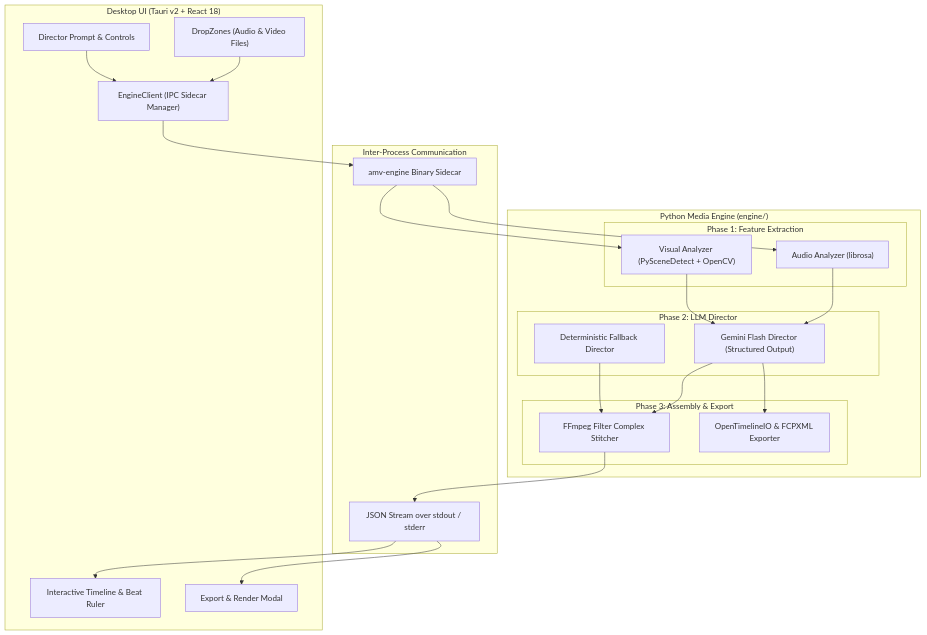
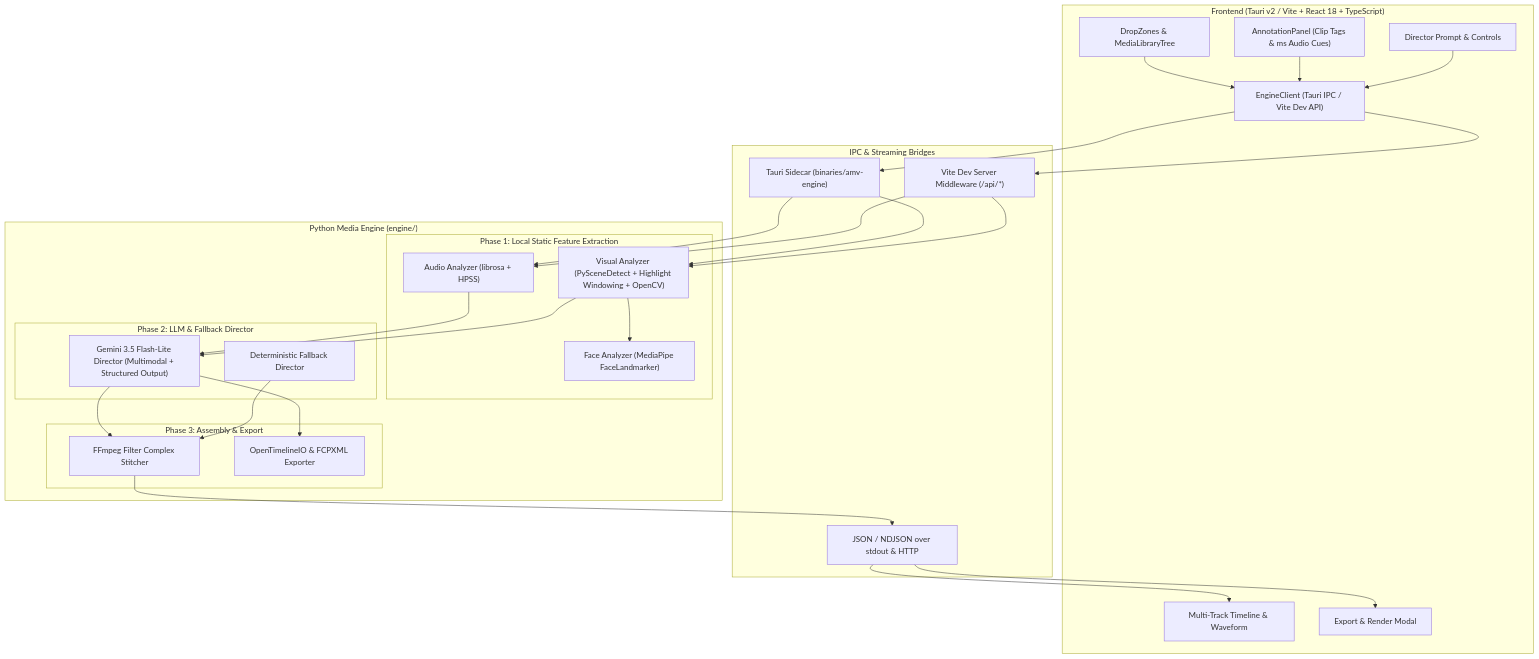
Before and after one commit to vmatrixdev/frame-beat: the first of 2 diagrams in docs/ARCHITECTURE.md, drawn with Mermaid. The commit also changed other lines of this file and 4 other files, not shown here.

Commit message:
docs(specs): sync specs, architecture, and agent guidelines with Phase 5 implementation

````diff
--- a/docs/ARCHITECTURE.md
+++ b/docs/ARCHITECTURE.md
@@ -16,44 +17,52 @@
 ```mermaid
 flowchart TD
-    subgraph UI ["Desktop UI (Tauri v2 + React 18)"]
-        DropZones["DropZones (Audio & Video Files)"]
+    subgraph UI ["Frontend (Tauri v2 / Vite + React 18 + TypeScript)"]
+        DropZones["DropZones & MediaLibraryTree"]
+        Annotations["AnnotationPanel (Clip Tags & ms Audio Cues)"]
         DirectorForm["Director Prompt & Controls"]
-        TimelineComp["Interactive Timeline & Beat Ruler"]
+        TimelineComp["Multi-Track Timeline & Waveform"]
         ExportModal["Export & Render Modal"]
-        EngineClient["EngineClient (IPC Sidecar Manager)"]
+        EngineClient["EngineClient (Tauri IPC / Vite Dev API)"]
     end
 
-    subgraph IPC ["Inter-Process Communication"]
-        Sidecar["amv-engine Binary Sidecar"]
-        StdoutStream["JSON Stream over stdout / stderr"]
+    subgraph IPC ["IPC & Streaming Bridges"]
+        Sidecar["Tauri Sidecar (binaries/amv-engine)"]
+        ViteAPI["Vite Dev Server Middleware (/api/*)"]
+        Stream["JSON / NDJSON over stdout & HTTP"]
     end
 
     subgraph Engine ["Python Media Engine (engine/)"]
-        subgraph P1 ["Phase 1: Feature Extraction"]
-            AudioAnalyzer["Audio Analyzer (librosa)"]
-            VisualAnalyzer["Visual Analyzer (PySceneDetect + OpenCV)"]
+        subgraph P1 ["Phase 1: Local Static Feature Extraction"]
+            AudioAnalyzer["Audio Analyzer (librosa + HPSS)"]
+            VisualAnalyzer["Visual Analyzer (PySceneDetect + Highlight Windowing + OpenCV)"]
+            FaceAnalyzer["Face Analyzer (MediaPipe FaceLandmarker)"]
         end
-        subgraph P2 ["Phase 2: LLM Director"]
-            GeminiDirector["Gemini Flash Director (Structured Output)"]
+        subgraph P2 ["Phase 2: LLM & Fallback Director"]
+            GeminiDirector["Gemini 3.5 Flash-Lite Director (Multimodal + Structured Output)"]
             DeterministicDirector["Deterministic Fallback Director"]
         end
         subgraph P3 ["Phase 3: Assembly & Export"]
             FFmpegStitcher["FFmpeg Filter Complex Stitcher"]
             OTIOExporter["OpenTimelineIO & FCPXML Exporter"]
         end
     end
 
     DropZones --> EngineClient
+    Annotations --> EngineClient
     DirectorForm --> EngineClient
     EngineClient --> Sidecar
+    EngineClient --> ViteAPI
     Sidecar --> AudioAnalyzer
     Sidecar --> VisualAnalyzer
+    ViteAPI --> AudioAnalyzer
+    ViteAPI --> VisualAnalyzer
+    VisualAnalyzer --> FaceAnalyzer
     AudioAnalyzer --> GeminiDirector
     VisualAnalyzer --> GeminiDirector
     GeminiDirector --> FFmpegStitcher
     GeminiDirector --> OTIOExporter
     DeterministicDirector --> FFmpegStitcher
-    FFmpegStitcher --> StdoutStream
-    StdoutStream --> TimelineComp
-    StdoutStream --> ExportModal
+    FFmpegStitcher --> Stream
+    Stream --> TimelineComp
+    Stream --> ExportModal
 ```
````
